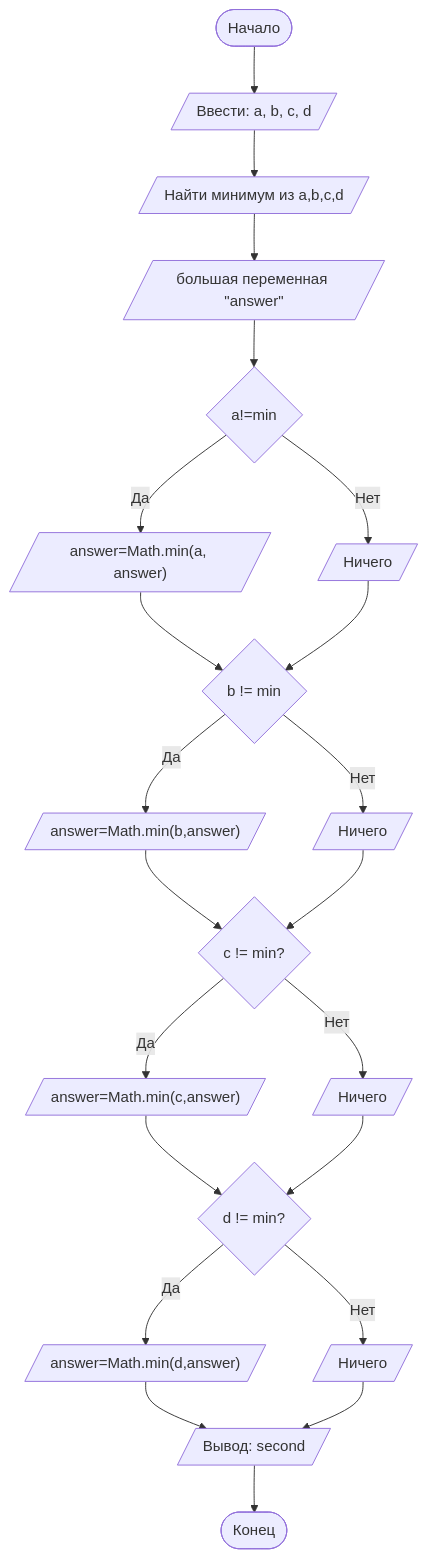
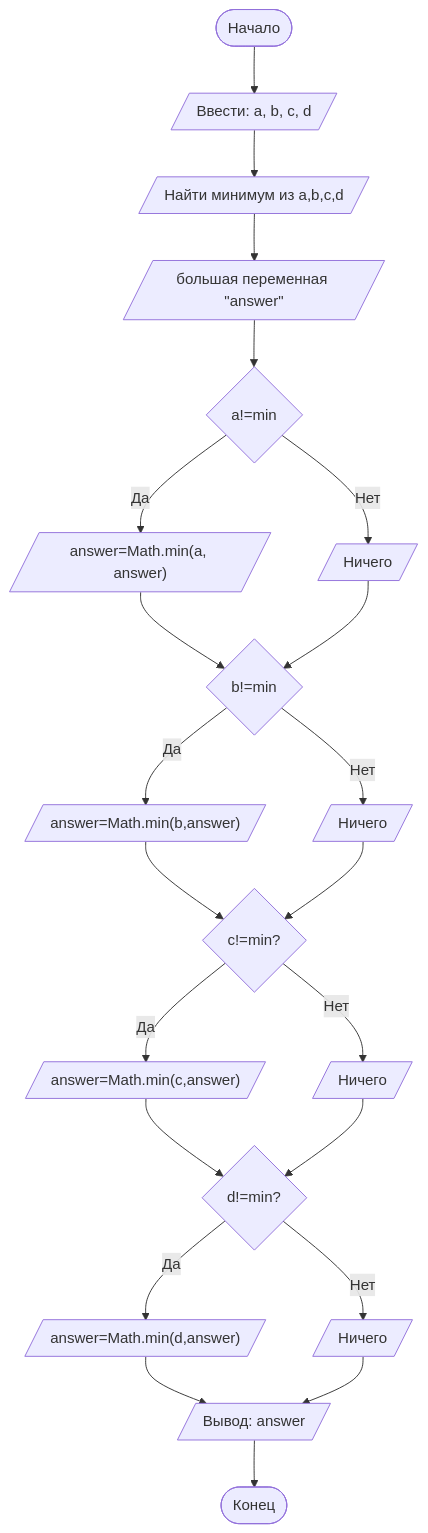
The diagram in README.md (boob-eng/-SPSUE), drawn with Mermaid before and after one commit.

````diff
--- a/README.md
+++ b/README.md
@@ -91,25 +91,25 @@
 ```mermaid
 graph TD
    A([Начало]) --> B[/Ввести: a, b, c, d/]
    B --> C[/Найти минимум из a,b,c,d/]
    C --> D[/большая переменная "answer"/]
    D --> E{a!=min}
    E -- Да --> F[/"answer=Math.min(a, answer)"/]
    E -- Нет --> G[/Ничего/]
-   F --> H{b != min}
+   F --> H{b!=min}
    G --> H
    H -- Да --> I[/"answer=Math.min(b,answer)"/]
    H -- Нет --> J[/Ничего/]
-   I --> K{c != min?}
+   I --> K{c!=min?}
    J --> K
    K -- Да --> L[/"answer=Math.min(c,answer)"/]
    K -- Нет --> M[/Ничего/]
-   L --> N{d != min?}
+   L --> N{d!=min?}
    M --> N
    N -- Да --> O[/"answer=Math.min(d,answer)"/]
    N -- Нет --> P[/Ничего/]
-   O --> Q[/Вывод: second/]
+   O --> Q[/Вывод: answer/]
    P --> Q
    Q --> Z([Конец])
 
 ```
````
